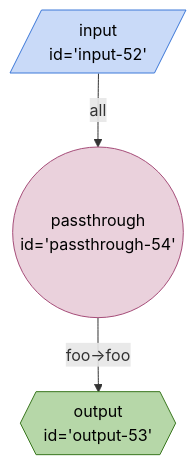
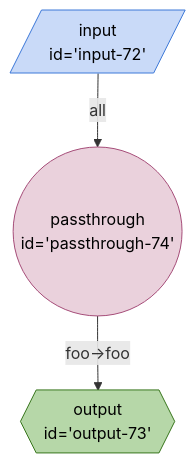
Before and after one commit to breadboard-ai/breadboard: the diagram in seeds/breadboard-web/docs/graphs/new/simple-graph.md, drawn with Mermaid. The commit also changed 10 other files, not shown here.

````diff
--- a/seeds/breadboard-web/docs/graphs/new/simple-graph.md
+++ b/seeds/breadboard-web/docs/graphs/new/simple-graph.md
@@ -3,14 +3,14 @@
 ```mermaid
 %%{init: 'themeVariables': { 'fontFamily': 'Fira Code, monospace' }}%%
 graph TD;
-passthrough54(("passthrough <br> id='passthrough-54'")):::passthrough -- "foo->foo" --> output53{{"output <br> id='output-53'"}}:::output
-input52[/"input <br> id='input-52'"/]:::input -- all --> passthrough54(("passthrough <br> id='passthrough-54'")):::passthrough
+passthrough74(("passthrough <br> id='passthrough-74'")):::passthrough -- "foo->foo" --> output73{{"output <br> id='output-73'"}}:::output
+input72[/"input <br> id='input-72'"/]:::input -- all --> passthrough74(("passthrough <br> id='passthrough-74'")):::passthrough
 classDef default stroke:#ffab40,fill:#fff2ccff,color:#000
 classDef input stroke:#3c78d8,fill:#c9daf8ff,color:#000
 classDef output stroke:#38761d,fill:#b6d7a8ff,color:#000
 classDef passthrough stroke:#a64d79,fill:#ead1dcff,color:#000
 classDef slot stroke:#a64d79,fill:#ead1dcff,color:#000
 classDef config stroke:#a64d79,fill:#ead1dcff,color:#000
 classDef secrets stroke:#db4437,fill:#f4cccc,color:#000
 classDef slotted stroke:#a64d79
 ```
````
